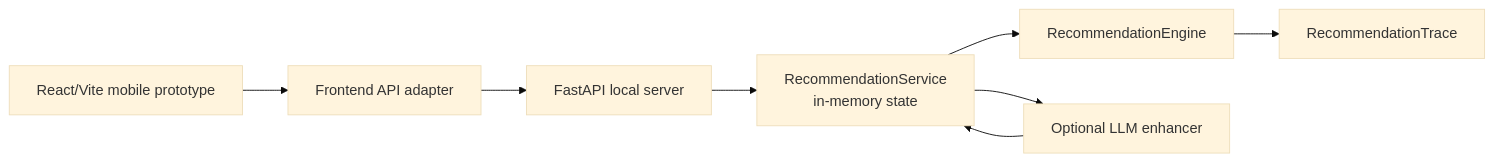
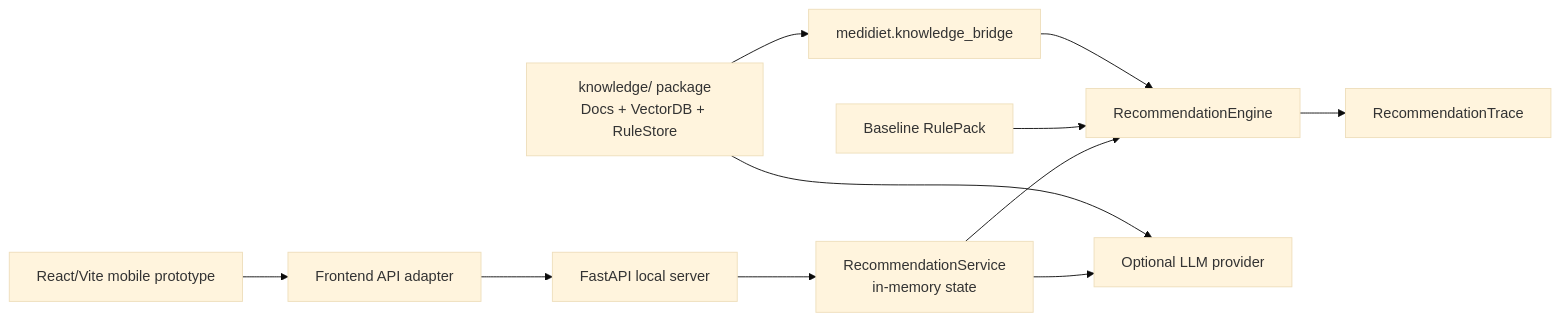
The diagram in README.md (cosmic-snail/MediDiet), drawn with Mermaid (base theme) before and after one commit. The commit also changed other lines of this file, not shown here.

Commit message:
docs: refresh LLM-friendly README

````diff
--- a/README.md
+++ b/README.md
@@ -87,14 +109,20 @@
 ```mermaid
 flowchart LR
   frontend["React/Vite mobile prototype"]
   apiClient["Frontend API adapter"]
   fastapi["FastAPI local server"]
   service["RecommendationService\nin-memory state"]
   engine["RecommendationEngine"]
-  llm["Optional LLM enhancer"]
+  baseline["Baseline RulePack"]
+  knowledgePkg["knowledge/ package\nDocs + VectorDB + RuleStore"]
+  bridge["medidiet.knowledge_bridge"]
+  llm["Optional LLM provider"]
   trace["RecommendationTrace"]
 
-  frontend --> apiClient --> fastapi --> service --> engine --> trace
+  frontend --> apiClient --> fastapi --> service --> engine
+  baseline --> engine
+  knowledgePkg --> bridge --> engine
   service --> llm
-  llm --> service
+  knowledgePkg --> llm
+  engine --> trace
 ```
````
